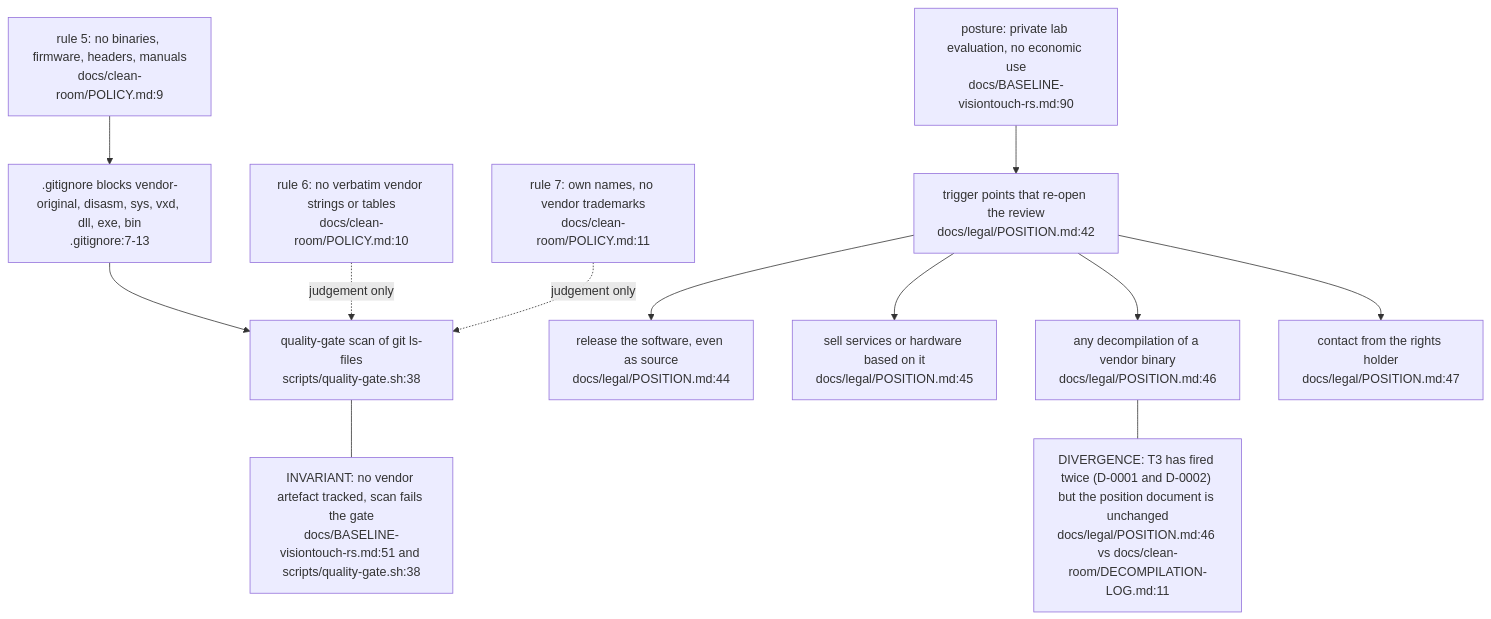
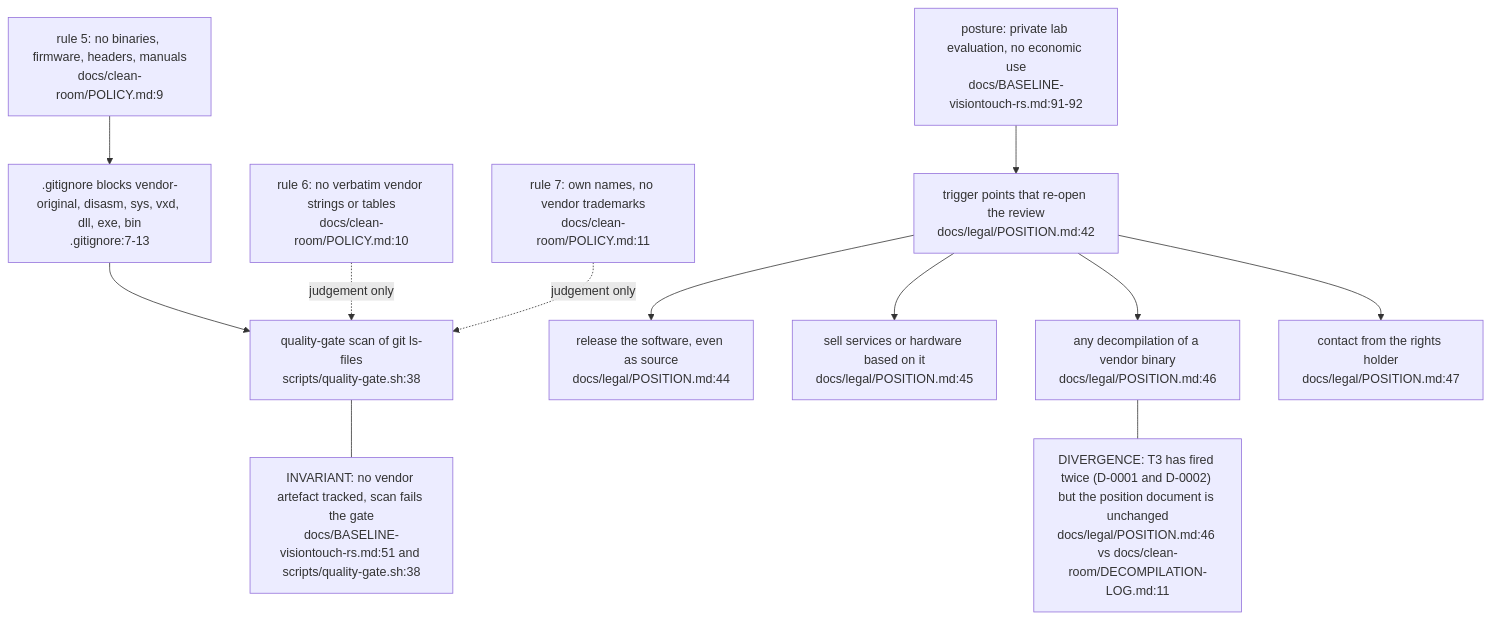
One commit to DreamLab-AI/VisionFlow changed the fourth of 4 diagrams in docs/diagrams/visiontouch-rs/01-clean-room-method-and-provenance.md. Above: the diagram before and after it, drawn with Mermaid. The commit also changed other lines of this file and 9 other files, not shown here.

Commit message:
docs(diagrams): re-stamp VT-01 to VT-08 at visiontouch-rs 77898bc

````diff
--- a/docs/diagrams/visiontouch-rs/01-clean-room-method-and-provenance.md
+++ b/docs/diagrams/visiontouch-rs/01-clean-room-method-and-provenance.md
@@ -112,27 +112,27 @@
 ```mermaid
 flowchart TB
     R5["rule 5: no binaries, firmware, headers, manuals<br/>docs/clean-room/POLICY.md:9"]
     R6["rule 6: no verbatim vendor strings or tables<br/>docs/clean-room/POLICY.md:10"]
     R7["rule 7: own names, no vendor trademarks<br/>docs/clean-room/POLICY.md:11"]
     GI[".gitignore blocks vendor-original, disasm, sys, vxd, dll, exe, bin<br/>.gitignore:7-13"]
     SC["quality-gate scan of git ls-files<br/>scripts/quality-gate.sh:38"]
     TR["trigger points that re-open the review<br/>docs/legal/POSITION.md:42"]
     T1["release the software, even as source<br/>docs/legal/POSITION.md:44"]
     T2["sell services or hardware based on it<br/>docs/legal/POSITION.md:45"]
     T3["any decompilation of a vendor binary<br/>docs/legal/POSITION.md:46"]
     T4["contact from the rights holder<br/>docs/legal/POSITION.md:47"]
-    POS["posture: private lab evaluation, no economic use<br/>docs/BASELINE-visiontouch-rs.md:90"]
+    POS["posture: private lab evaluation, no economic use<br/>docs/BASELINE-visiontouch-rs.md:91-92"]
     R5 --> GI
     GI --> SC
     R6 -. "judgement only" .-> SC
     R7 -. "judgement only" .-> SC
     POS --> TR
     TR --> T1
     TR --> T2
     TR --> T3
     TR --> T4
     N1["INVARIANT: no vendor artefact tracked, scan fails the gate<br/>docs/BASELINE-visiontouch-rs.md:51 and scripts/quality-gate.sh:38"]
     N2["DIVERGENCE: T3 has fired twice (D-0001 and D-0002) but the position document is unchanged<br/>docs/legal/POSITION.md:46 vs docs/clean-room/DECOMPILATION-LOG.md:11"]
     SC --- N1
     T3 --- N2
 ```
````
